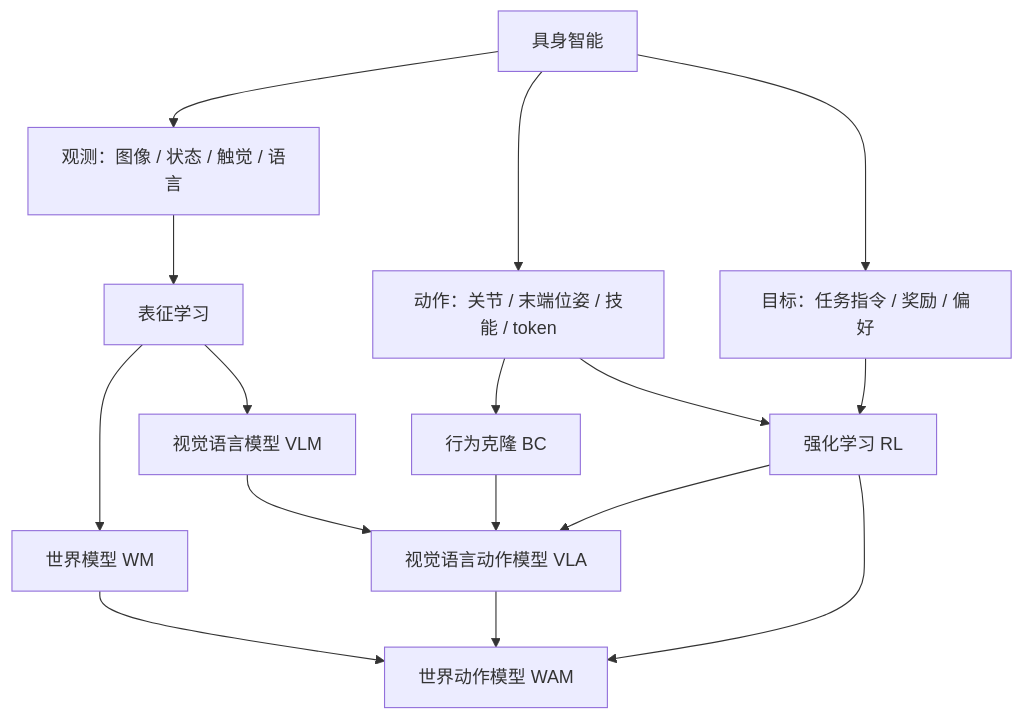
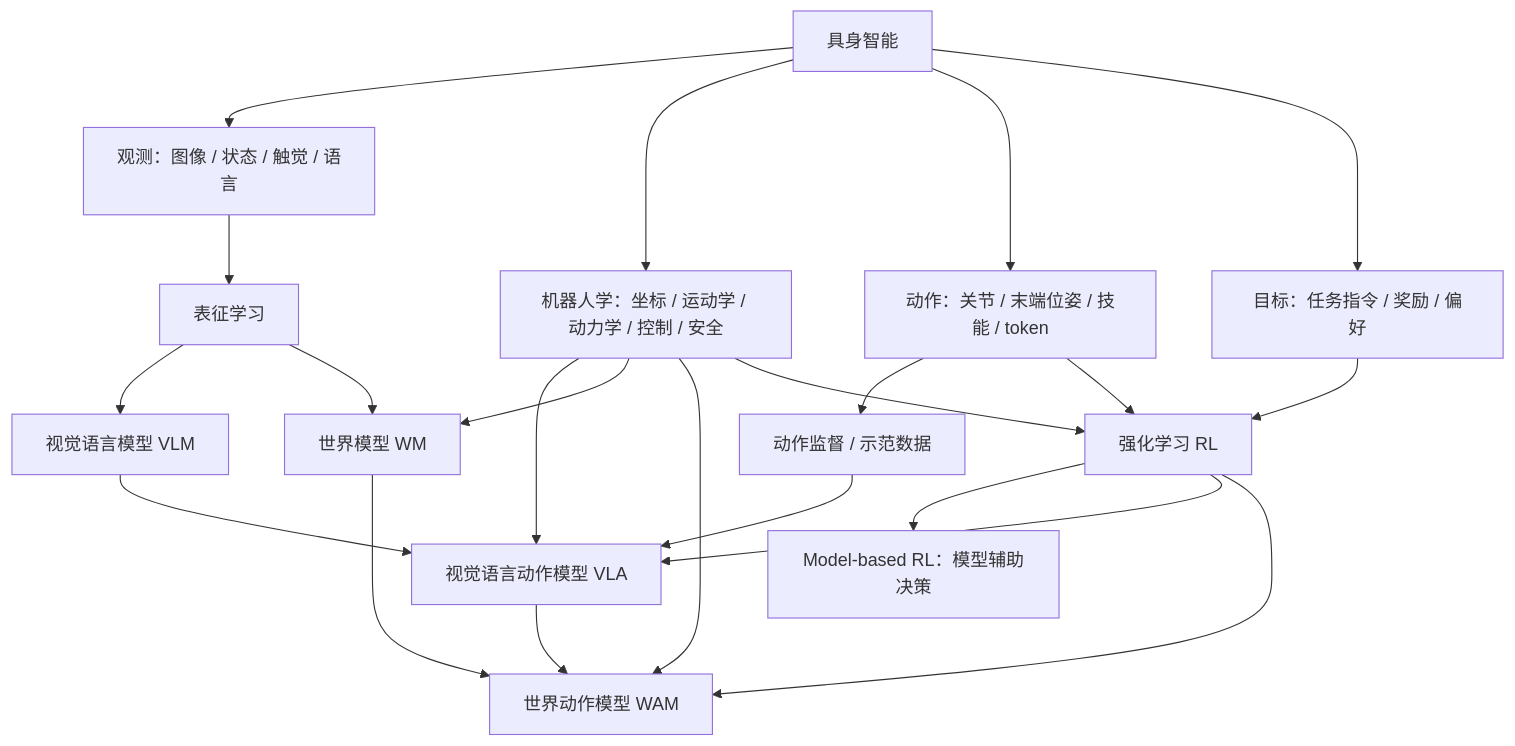
Before and after one commit to Faraday-2024/Embodied-AI-Start: the first of 7 diagrams in docs/knowledge-map.md, drawn with Mermaid. The commit also changed other lines of this file and 9 other files, not shown here.

````diff
--- a/docs/knowledge-map.md
+++ b/docs/knowledge-map.md
@@ -7,22 +11,28 @@
 ```mermaid
 flowchart TD
     ROOT["具身智能"] --> OBS["观测：图像 / 状态 / 触觉 / 语言"]
+    ROOT --> ROB["机器人学：坐标 / 运动学 / 动力学 / 控制 / 安全"]
     ROOT --> ACT["动作：关节 / 末端位姿 / 技能 / token"]
     ROOT --> OBJ["目标：任务指令 / 奖励 / 偏好"]
 
     OBS --> REP["表征学习"]
     REP --> VLM["视觉语言模型 VLM"]
     REP --> WM["世界模型 WM"]
 
     VLM --> VLA["视觉语言动作模型 VLA"]
     WM --> WAM["世界动作模型 WAM"]
     VLA --> WAM
 
-    ACT --> BC["行为克隆 BC"]
+    ACT --> SUP["动作监督 / 示范数据"]
     ACT --> RL["强化学习 RL"]
     OBJ --> RL
+    RL --> MBRL["Model-based RL：模型辅助决策"]
 
-    BC --> VLA
+    SUP --> VLA
     RL --> VLA
     RL --> WAM
+    ROB --> VLA
+    ROB --> WM
+    ROB --> WAM
+    ROB --> RL
 ```
````
